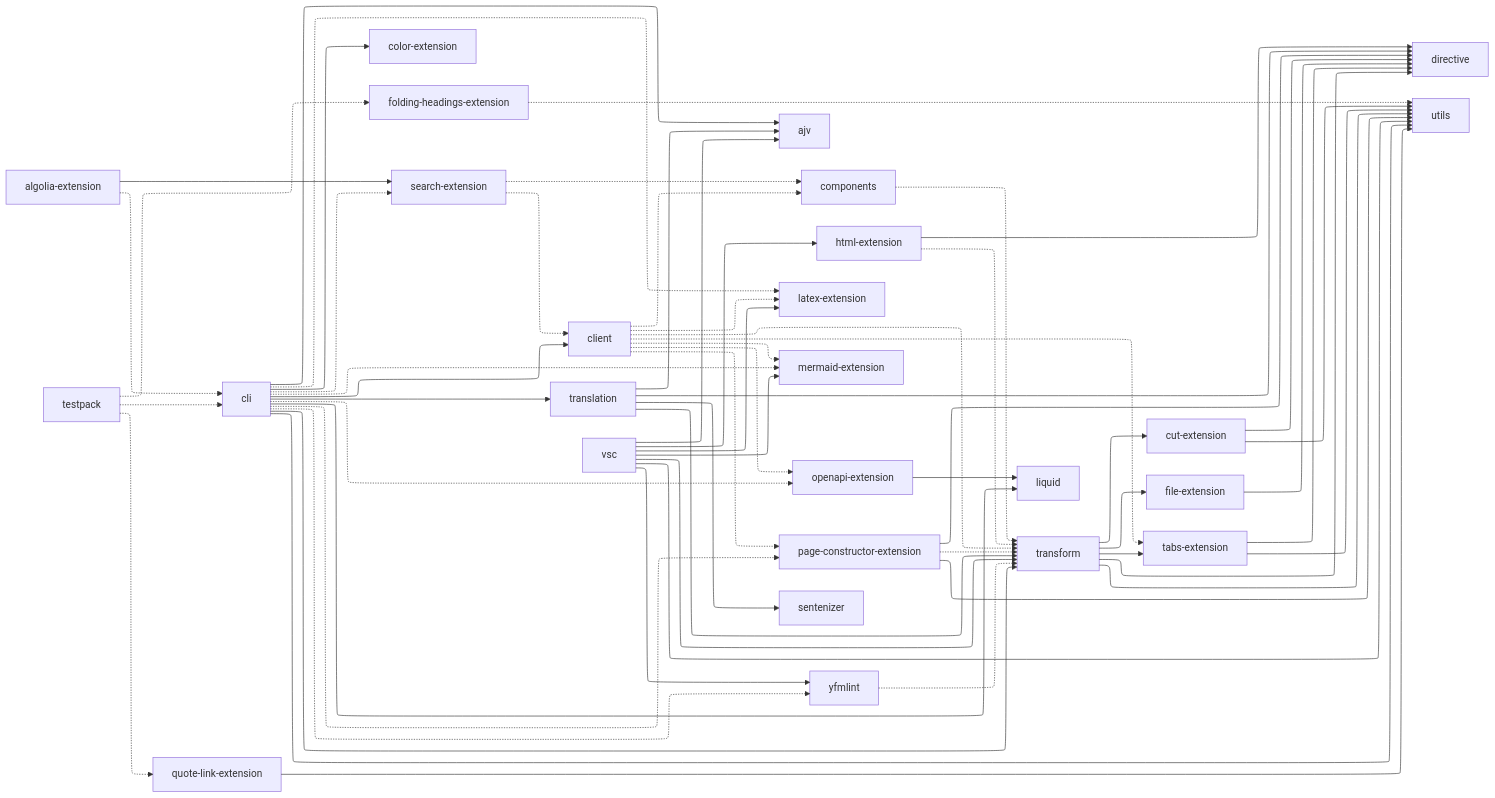
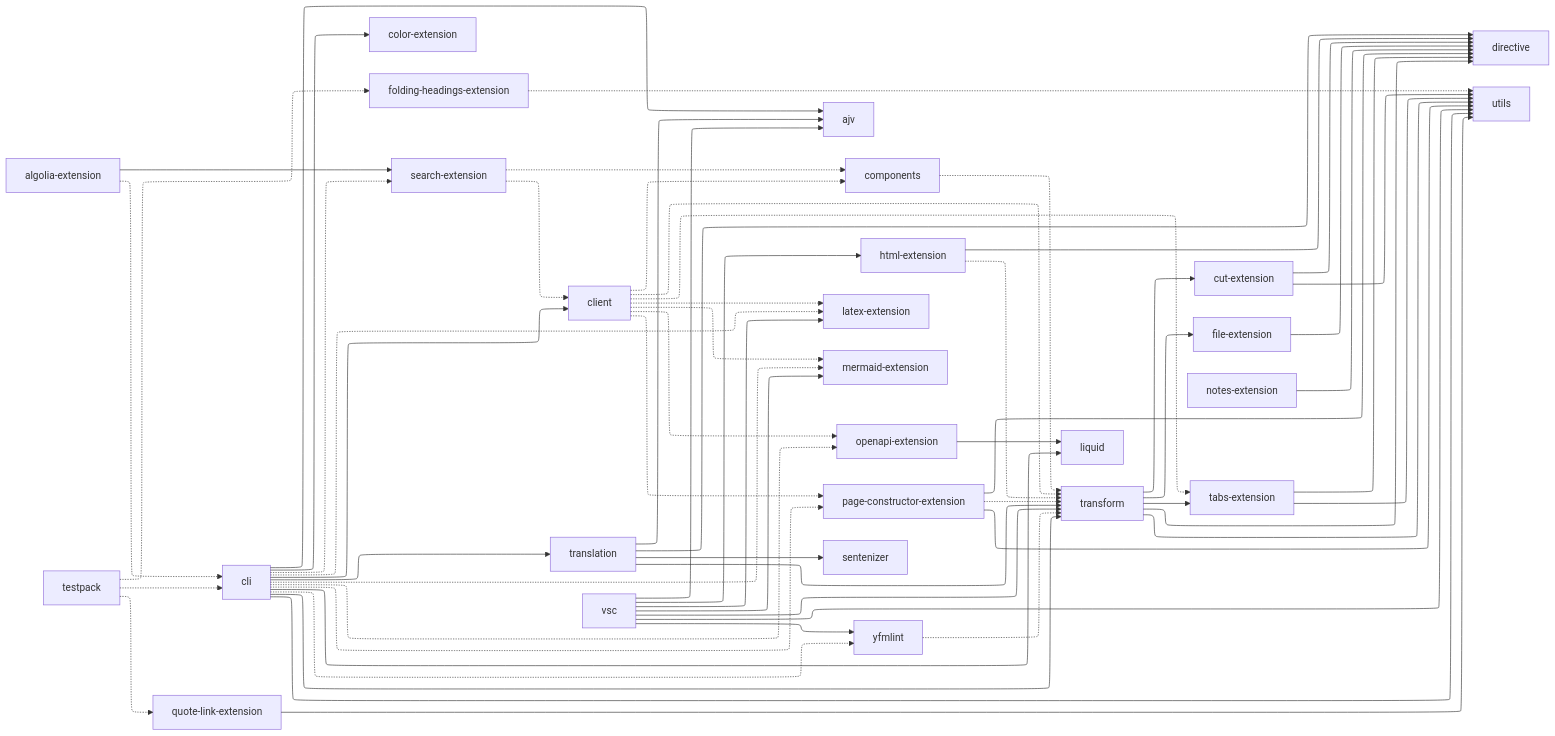
One commit to diplodoc-platform/diplodoc changed the diagram in PULSE.md. Above: the diagram before and after it, drawn with Mermaid. The commit also changed other lines of this file and 6 other files, not shown here.

Commit message:
chore: register Notes extension in the metapackage

```diff
--- a/PULSE.md
+++ b/PULSE.md
@@ -91,6 +92,7 @@
   latex-extension["latex-extension"]
   liquid["liquid"]
   mermaid-extension["mermaid-extension"]
+  notes-extension["notes-extension"]
   openapi-extension["openapi-extension"]
   page-constructor-extension["page-constructor-extension"]
   quote-link-extension["quote-link-extension"]
@@ -132,6 +134,7 @@
   folding-headings-extension -.-> utils
   html-extension --> directive
   html-extension -.-> transform
+  notes-extension --> directive
   openapi-extension --> liquid
   page-constructor-extension --> directive
   page-constructor-extension -.-> transform
@@ -175,6 +178,7 @@
   click latex-extension href "https://github.com/diplodoc-platform/latex-extension"
   click liquid href "https://github.com/diplodoc-platform/liquid"
   click mermaid-extension href "https://github.com/diplodoc-platform/mermaid-extension"
+  click notes-extension href "https://github.com/diplodoc-platform/notes-extension"
   click openapi-extension href "https://github.com/diplodoc-platform/openapi-extension"
   click page-constructor-extension href "https://github.com/diplodoc-platform/page-constructor-extension"
   click quote-link-extension href "https://github.com/diplodoc-platform/quote-link-extension"
```
